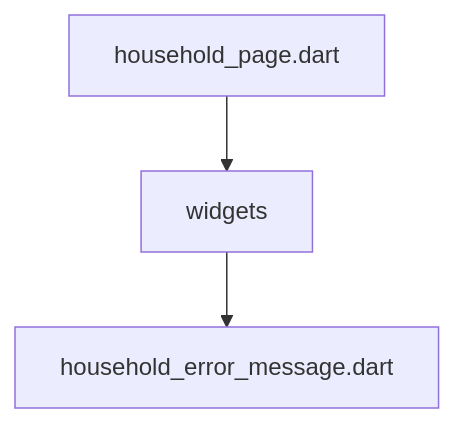
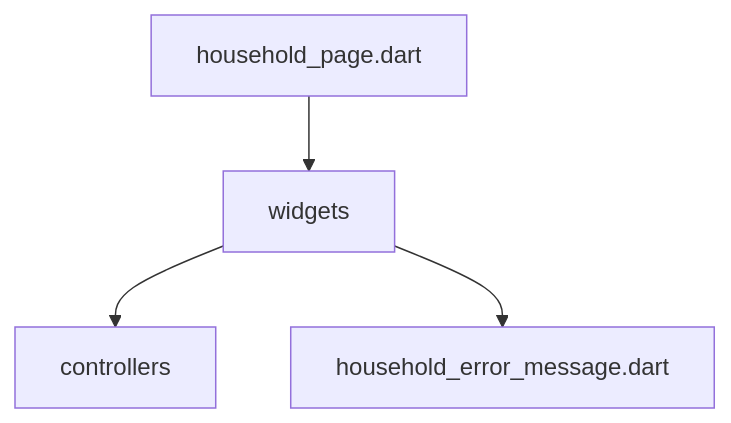
Before and after one commit to repinw/yamt: the diagram in lib/features/household/presentation/DEPS.md, drawn with Mermaid. The commit also changed 107 other files, not shown here.

Commit message:
ref(yamt): architecture fix

````diff
--- a/lib/features/household/presentation/DEPS.md
+++ b/lib/features/household/presentation/DEPS.md
@@ -6,5 +6,6 @@
 ```mermaid
 flowchart TD;
 household_page.dart-->widgets;
+widgets-->controllers;
 widgets-->household_error_message.dart;
 ```
````
